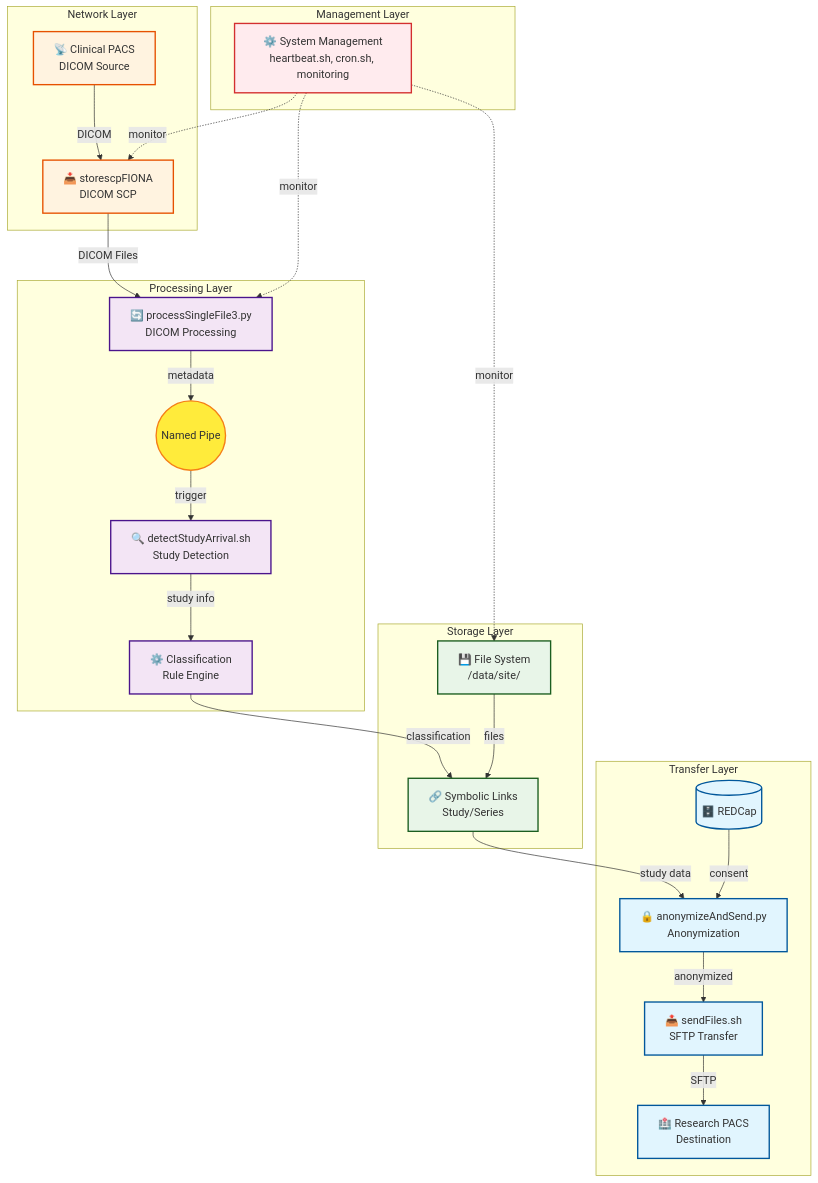
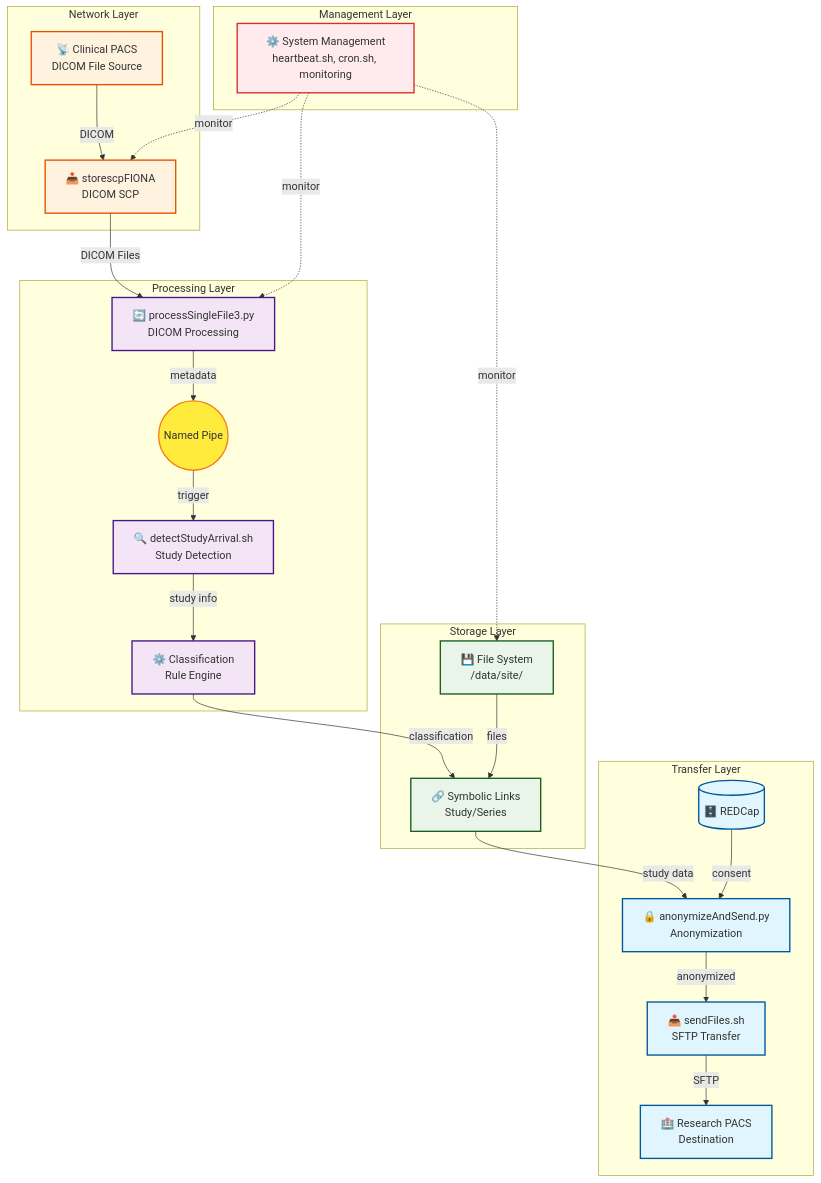
The diagram in docs/source/index.rst (mmiv-center/FionaDocs), drawn with Mermaid before and after one commit. The commit also changed other lines of this file and 22 other files, not shown here.

```diff
--- a/docs/source/index.rst
+++ b/docs/source/index.rst
@@ -8,63 +8,63 @@
 .. mermaid::    
     
     flowchart TD
         subgraph network [" Network Layer "]
-            PACS[📡 Clinical PACS<br/>DICOM Source]
+            PACS[📡 Clinical PACS<br/>DICOM File Source]
             StoreSCP[📥 storescpFIONA<br/>DICOM SCP]
         end
         
         subgraph processing [" Processing Layer "]
             ProcessFile[🔄 processSingleFile3.py<br/>DICOM Processing]
             DetectStudy[🔍 detectStudyArrival.sh<br/>Study Detection]
             Classification[⚙️ Classification<br/>Rule Engine]
             NamedPipe((Named Pipe))
         end
         
         subgraph storage [" Storage Layer "]
             FileSystem[💾 File System<br/>/data/site/]
             SymLinks[🔗 Symbolic Links<br/>Study/Series]
         end
         
         subgraph transfer [" Transfer Layer "]
             Anonymize[🔒 anonymizeAndSend.py<br/>Anonymization]
             SendFiles[📤 sendFiles.sh<br/>SFTP Transfer]
             ResPACS[🏥 Research PACS<br/>Destination]
             REDCap[(🗄️ REDCap)]
         end
         
         subgraph mgmt [" Management Layer "]
             Management[⚙️ System Management<br/>heartbeat.sh, cron.sh, monitoring]
         end
         
         %% Data Flow
         PACS -->|DICOM| StoreSCP
         StoreSCP -->|DICOM Files| ProcessFile
         ProcessFile -->|metadata| NamedPipe
         NamedPipe -->|trigger| DetectStudy
         DetectStudy -->|study info| Classification
         Classification -->|classification| SymLinks
         FileSystem -->|files| SymLinks
         SymLinks -->|study data| Anonymize
         Anonymize -->|anonymized| SendFiles
         SendFiles -->|SFTP| ResPACS
         REDCap -->|consent| Anonymize
         
         %% Management connections
         Management -.->|monitor| StoreSCP
         Management -.->|monitor| ProcessFile
         Management -.->|monitor| FileSystem
         
         %% Styling
         classDef network fill:#fff3e0,stroke:#e65100,stroke-width:2px
         classDef process fill:#f3e5f5,stroke:#4a148c,stroke-width:2px
         classDef storage fill:#e8f5e8,stroke:#1b5e20,stroke-width:2px
         classDef transfer fill:#e1f5fe,stroke:#01579b,stroke-width:2px
         classDef mgmt fill:#ffebee,stroke:#d32f2f,stroke-width:2px
         classDef pipe fill:#ffeb3b,stroke:#f57f17,stroke-width:2px
         
         class PACS,StoreSCP network
         class ProcessFile,DetectStudy,Classification process
         class FileSystem,SymLinks storage
         class Anonymize,SendFiles,ResPACS,REDCap transfer
         class Management mgmt
         class NamedPipe pipe
```
